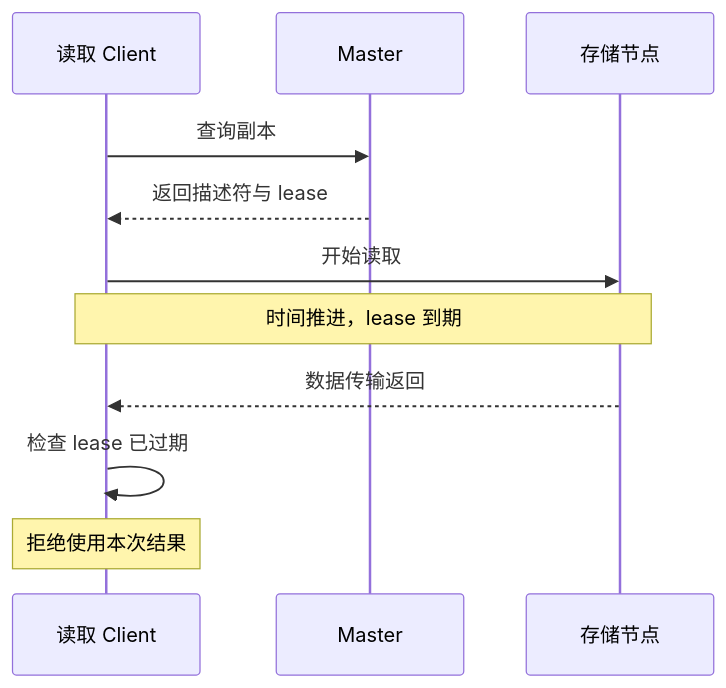
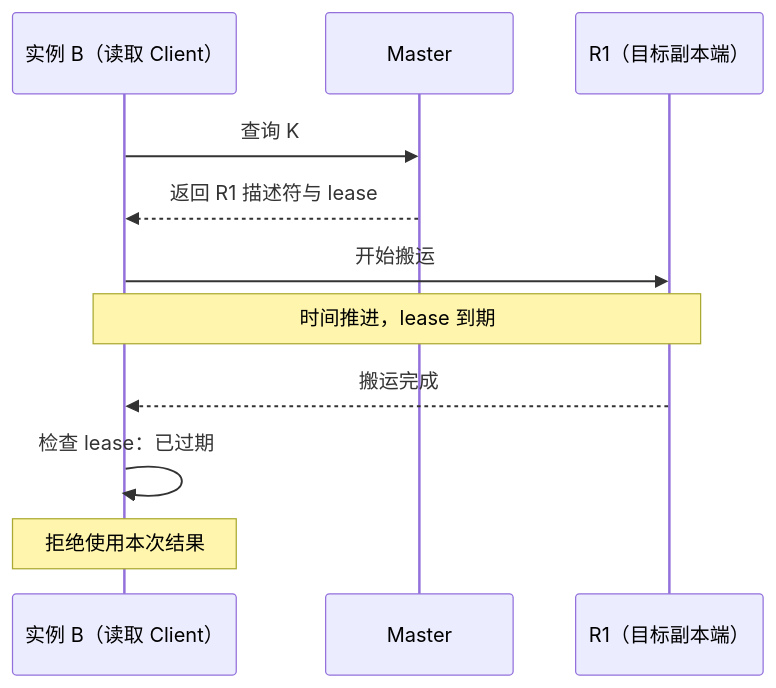
Before and after one commit to Hansyangxingxiang/Mooncake: the first of 2 diagrams in mooncake-kv-cache-series/wechat/04-get-and-lease.md, drawn with Mermaid. The commit also changed other lines of this file and 28 other files, not shown here.

````diff
--- a/mooncake-kv-cache-series/wechat/04-get-and-lease.md
+++ b/mooncake-kv-cache-series/wechat/04-get-and-lease.md
@@ -61,13 +23,13 @@
 ```mermaid
 sequenceDiagram
-    participant C as 读取 Client
+    participant B as 实例 B（读取 Client）
     participant M as Master
-    participant S as 存储节点
-    C->>M: 查询副本
-    M-->>C: 返回描述符与 lease
-    C->>S: 开始读取
-    Note over C,S: 时间推进，lease 到期
-    S-->>C: 数据传输返回
-    C->>C: 检查 lease 已过期
-    Note over C: 拒绝使用本次结果
+    participant R1 as R1（目标副本端）
+    B->>M: 查询 K
+    M-->>B: 返回 R1 描述符与 lease
+    B->>R1: 开始搬运
+    Note over B,R1: 时间推进，lease 到期
+    R1-->>B: 搬运完成
+    B->>B: 检查 lease：已过期
+    Note over B: 拒绝使用本次结果
 ```
````
